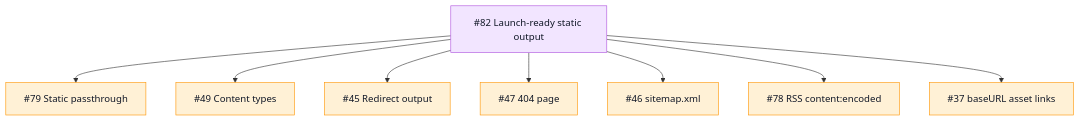
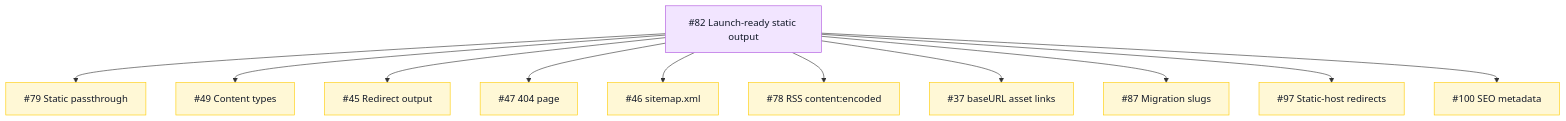
One commit to TileDown/tile-down changed the fifth of 9 diagrams in README.md. Above: the diagram before and after it, drawn with Mermaid. The commit also changed other lines of this file and 2 other files, not shown here.

Commit message:
test(browser): verify RSS absolute feed URLs

````diff
--- a/README.md
+++ b/README.md
@@ -112,14 +115,18 @@
 ```mermaid
 flowchart TD
   Epic["#82 Launch-ready static output"]:::epic
-  Epic --> Static["#79 Static passthrough"]:::todo
-  Epic --> Types["#49 Content types"]:::todo
-  Epic --> Redirects["#45 Redirect output"]:::todo
-  Epic --> NotFound["#47 404 page"]:::todo
-  Epic --> Sitemap["#46 sitemap.xml"]:::todo
-  Epic --> RSS["#78 RSS content:encoded"]:::todo
-  Epic --> BaseURL["#37 baseURL asset links"]:::todo
+  Epic --> Static["#79 Static passthrough"]:::review
+  Epic --> Types["#49 Content types"]:::review
+  Epic --> Redirects["#45 Redirect output"]:::review
+  Epic --> NotFound["#47 404 page"]:::review
+  Epic --> Sitemap["#46 sitemap.xml"]:::review
+  Epic --> RSS["#78 RSS content:encoded"]:::review
+  Epic --> BaseURL["#37 baseURL asset links"]:::review
+  Epic --> Slugs["#87 Migration slugs"]:::review
+  Epic --> StaticRedirects["#97 Static-host redirects"]:::review
+  Epic --> SEO["#100 SEO metadata"]:::review
 
   classDef epic fill:#f2e5ff,stroke:#af52de,color:#111827
+  classDef review fill:#fff8d6,stroke:#ffcc00,color:#111827
   classDef todo fill:#fff1d6,stroke:#ff9500,color:#111827
 ```
````
